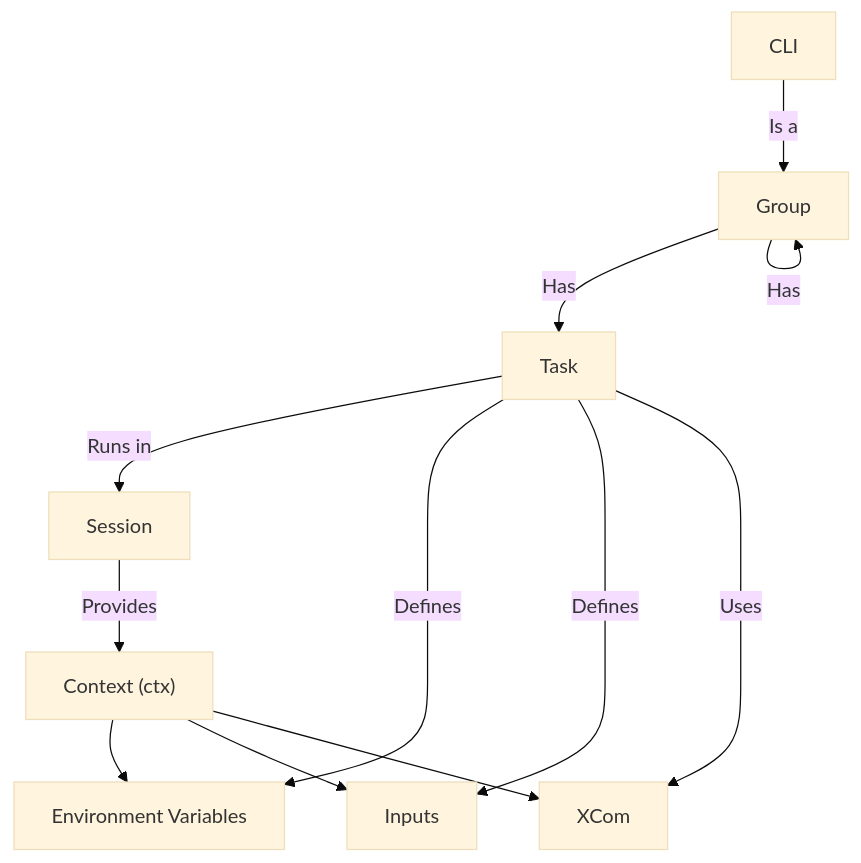
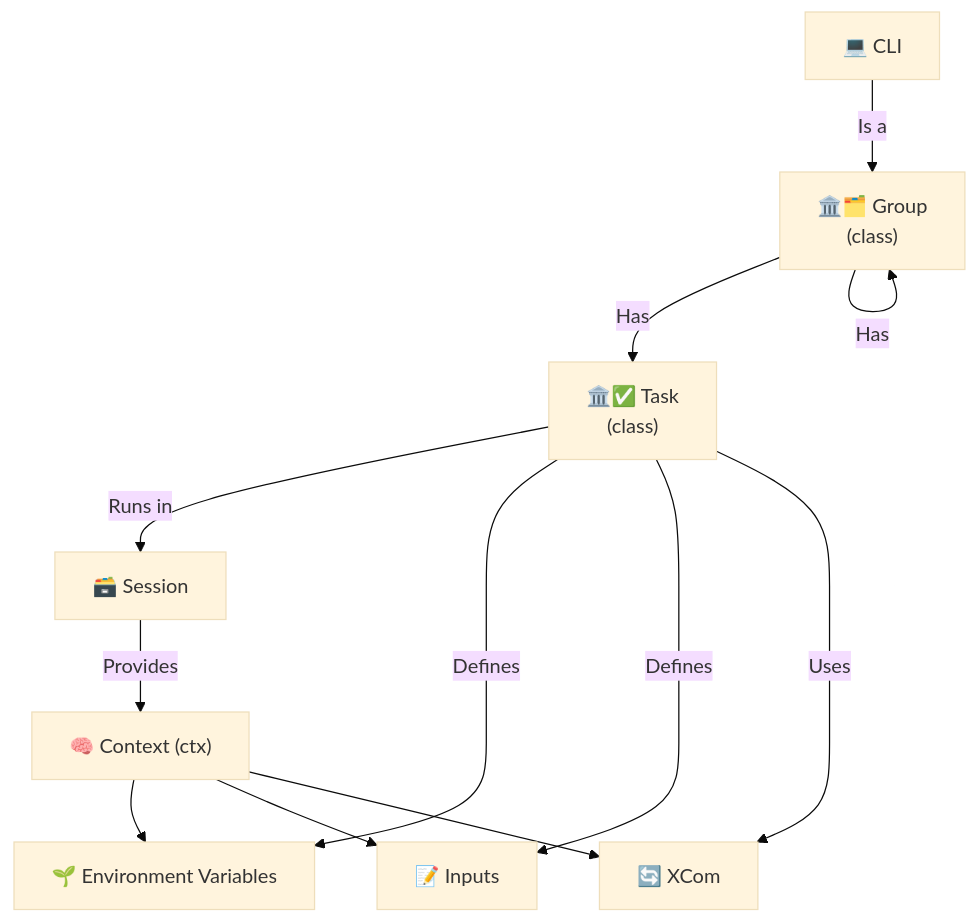
Before and after one commit to state-alchemists/zrb: the diagram in docs/README.md, drawn with Mermaid (base theme). The commit also changed other lines of this file, not shown here.

Commit message:
Update mermaid

````diff
--- a/docs/README.md
+++ b/docs/README.md
@@ -91,23 +91,23 @@
 ```mermaid
 flowchart TD
-    CLI["CLI"]
-    Group["Group"]
-    Task["Task"]
-    Session["Session"]
-    Context["Context (ctx)"]
-    XCom["XCom"]
-    Env["Environment Variables"]
-    Input["Inputs"]
+    CLI["💻 CLI"]
+    Group["🏛️🗂️ Group<br/>(class)"]
+    Task["🏛️✅ Task<br/>(class)"]
+    Session["🗃️ Session"]
+    Context["🧠 Context (ctx)"]
+    XCom["🔄 XCom"]
+    Env["🌱 Environment Variables"]
+    Input["📝 Inputs"]
 
     CLI --> |Is a| Group
     Group --> |Has| Task
     Group --> |Has| Group
     Task -->|Runs in| Session
     Session -->|Provides| Context
     Context --> Env
     Context --> Input
     Context --> XCom
     Task -->|Defines| Env
     Task -->|Defines| Input
     Task -->|Uses| XCom
 ```
````
